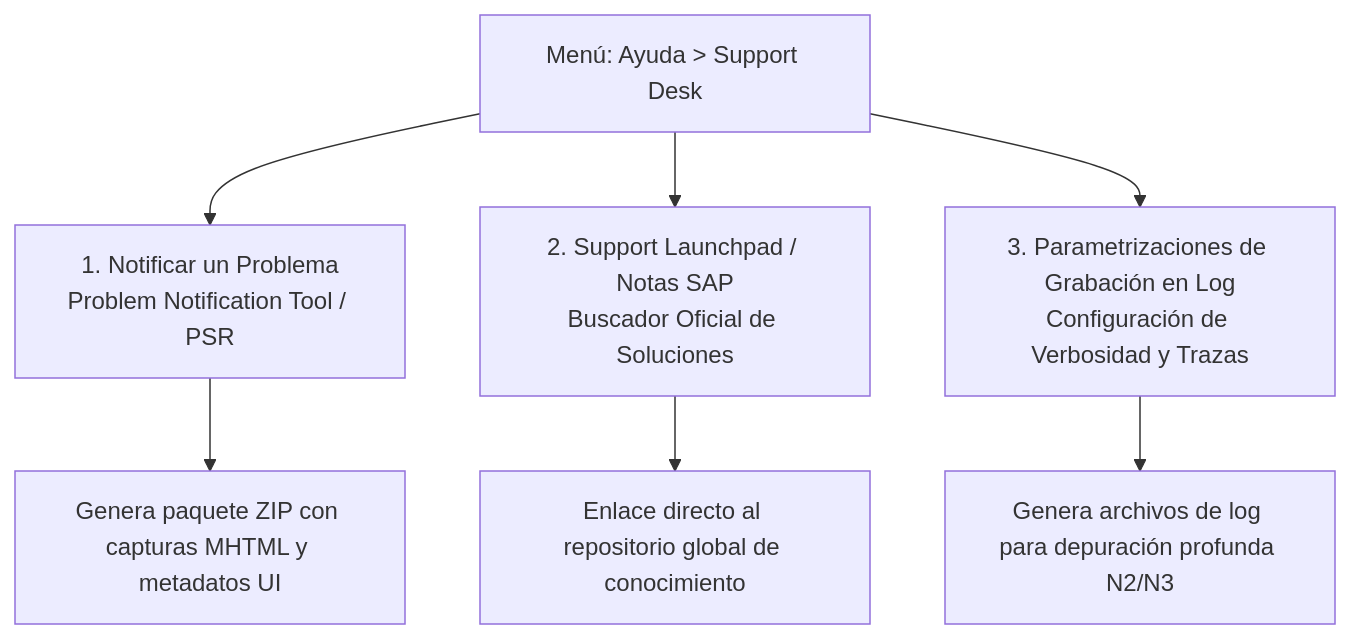
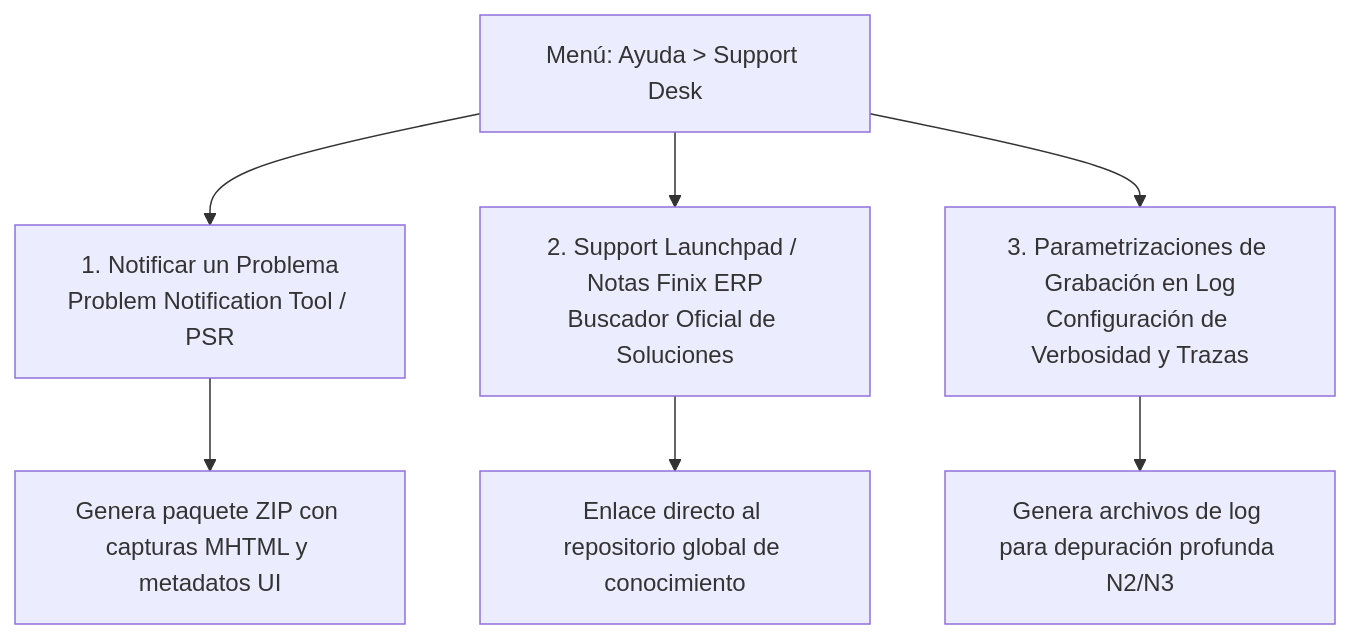
The seventh of 11 diagrams in public/modulos/Modulo_09.md (pablofgarciaf/B1-ACADEMY), drawn with Mermaid before and after one commit. The commit also changed other lines of this file and 4125 other files, not shown here.

````diff
--- a/public/modulos/Modulo_09.md
+++ b/public/modulos/Modulo_09.md
@@ -261,9 +261,9 @@
 ```mermaid
 graph TD
     A[Menú: Ayuda > Support Desk] --> B[1. Notificar un Problema<br/>Problem Notification Tool / PSR]
-    A --> C[2. Support Launchpad / Notas SAP<br/>Buscador Oficial de Soluciones]
+    A --> C[2. Support Launchpad / Notas Finix ERP<br/>Buscador Oficial de Soluciones]
     A --> D[3. Parametrizaciones de Grabación en Log<br/>Configuración de Verbosidad y Trazas]
     B --> E[Genera paquete ZIP con capturas MHTML y metadatos UI]
     C --> F[Enlace directo al repositorio global de conocimiento]
     D --> G[Genera archivos de log para depuración profunda N2/N3]
 ```
````
